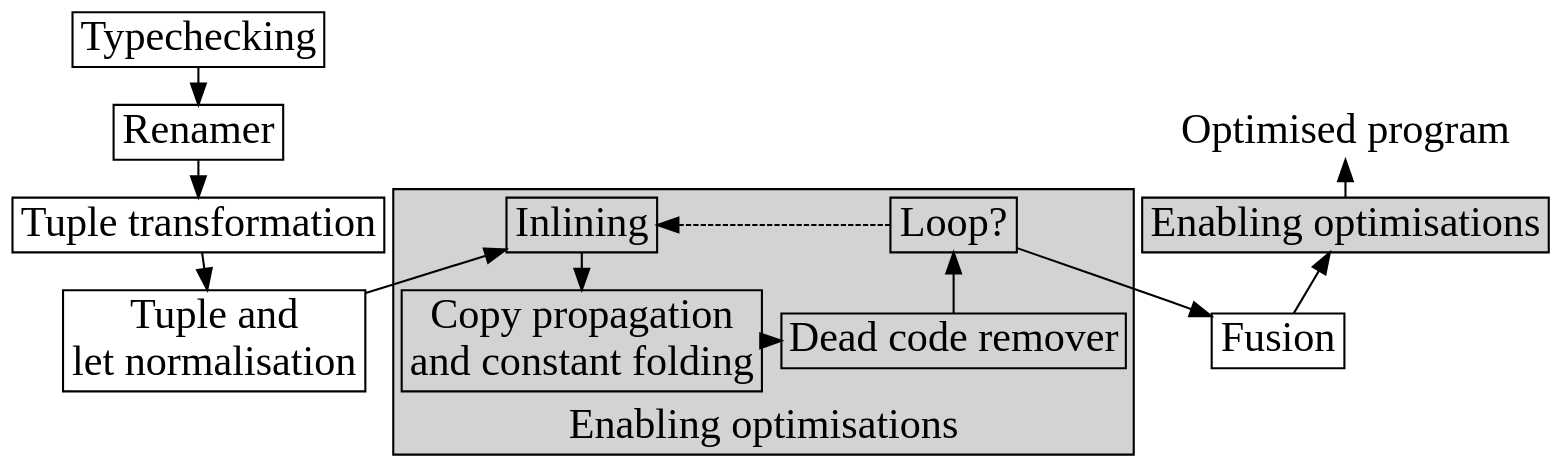
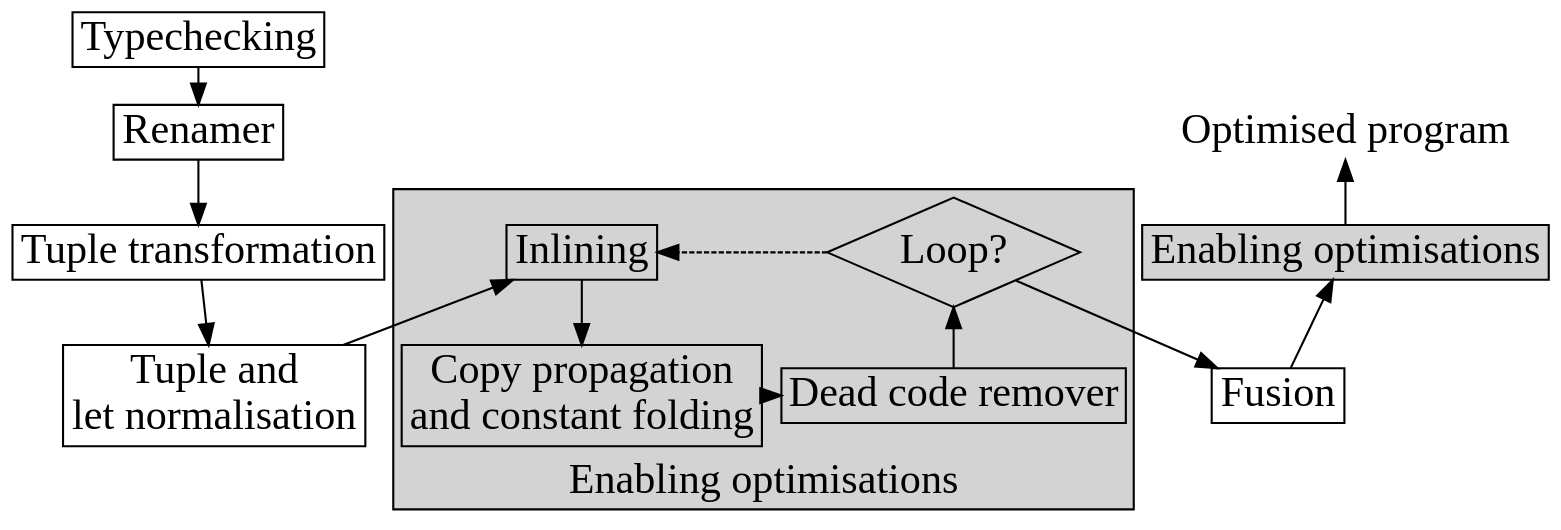
The diagram in doc/FusionPaper/Figures/pipeline.dot (diku-dk/futhark), drawn with Graphviz before and after one commit. The commit also changed 1 other file, not shown here.

Commit message:
Change shape of loop node in pipeline graph.

```diff
--- a/doc/FusionPaper/Figures/pipeline.dot
+++ b/doc/FusionPaper/Figures/pipeline.dot
@@ -1,41 +1,41 @@
 digraph G
 {
         rankdir = TD;
         compound=true;
         penwidth=2;
         node [fontname="Times Roman", shape=rectangle, fontsize=40, penwidth=2]
         edge [color=black, fontname="Times Roman", weight=100, penwidth=2, arrowsize=2]
 
         Typechecking []
         Renamer []
         Fusion []
         Output [label="Optimised program", shape=none]
         TupleTransform [label="Tuple transformation"]
         Normalisation [label="Tuple and\nlet normalisation"]
         EnablingOpts [label="Enabling optimisations", style=filled]
 
         {rank=same; Fusion Normalisation}
         {rank=same; Output Renamer}
         {rank=same; TupleTransform EnablingOpts}
 
         subgraph clusterEnabling {
                 Inlining []
                 rank="same"
                 style=filled
                 Inlining
                 DeadCodeRemoval [label="Dead code remover"]
                 ConstProp [label="Copy propagation \nand constant folding"]
-                Loop [label="Loop?"]
+                Loop [label="Loop?", shape=diamond]
                 {rank=same; Inlining Loop}
                 {rank=same; ConstProp DeadCodeRemoval}
                 Inlining->ConstProp->DeadCodeRemoval->Loop
                 Loop->Inlining[style=dashed]
                 label="Enabling optimisations"
                 labelloc=b
                 fontname="Times Roman"
                 fontsize=40
         }
 
         Typechecking->Renamer->TupleTransform->Normalisation->Inlining
         Loop->Fusion->EnablingOpts->Output
 }
```
